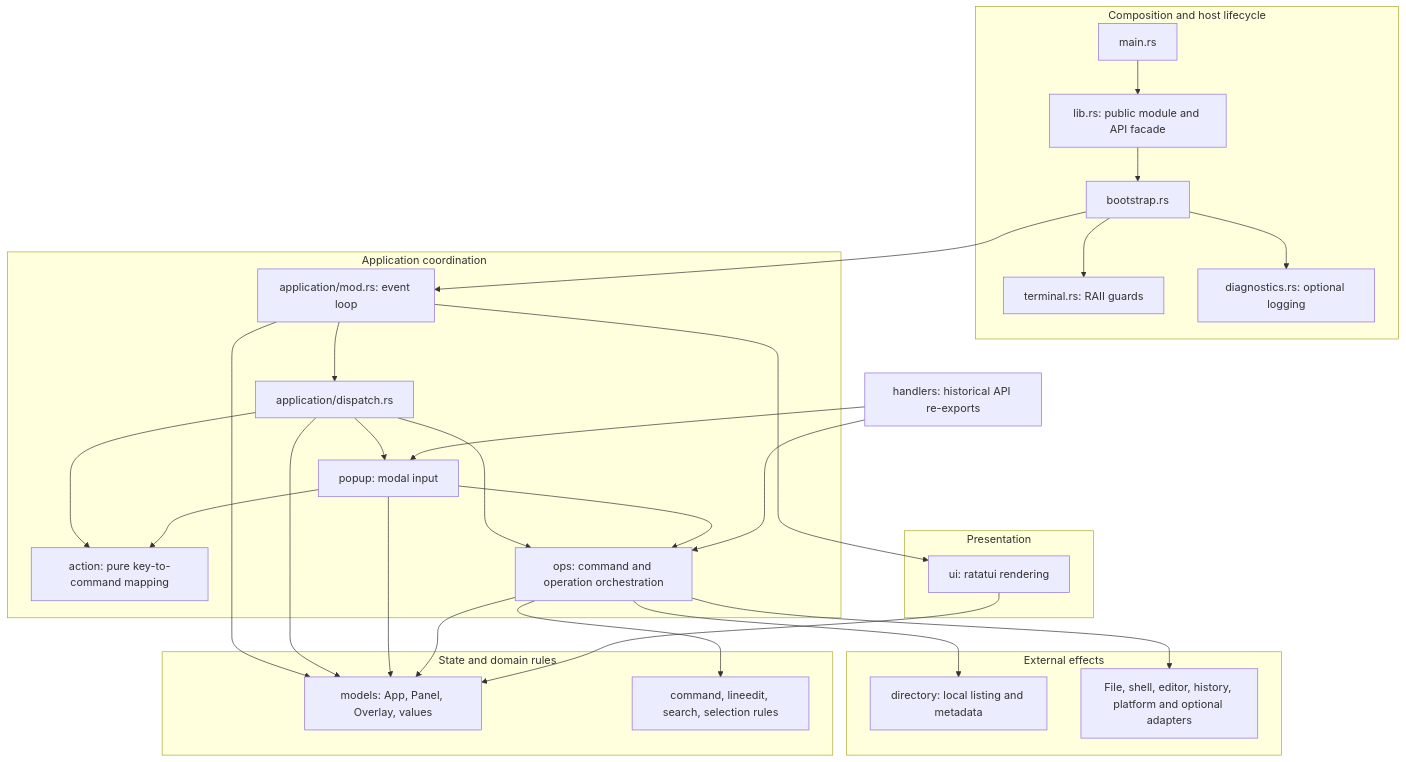
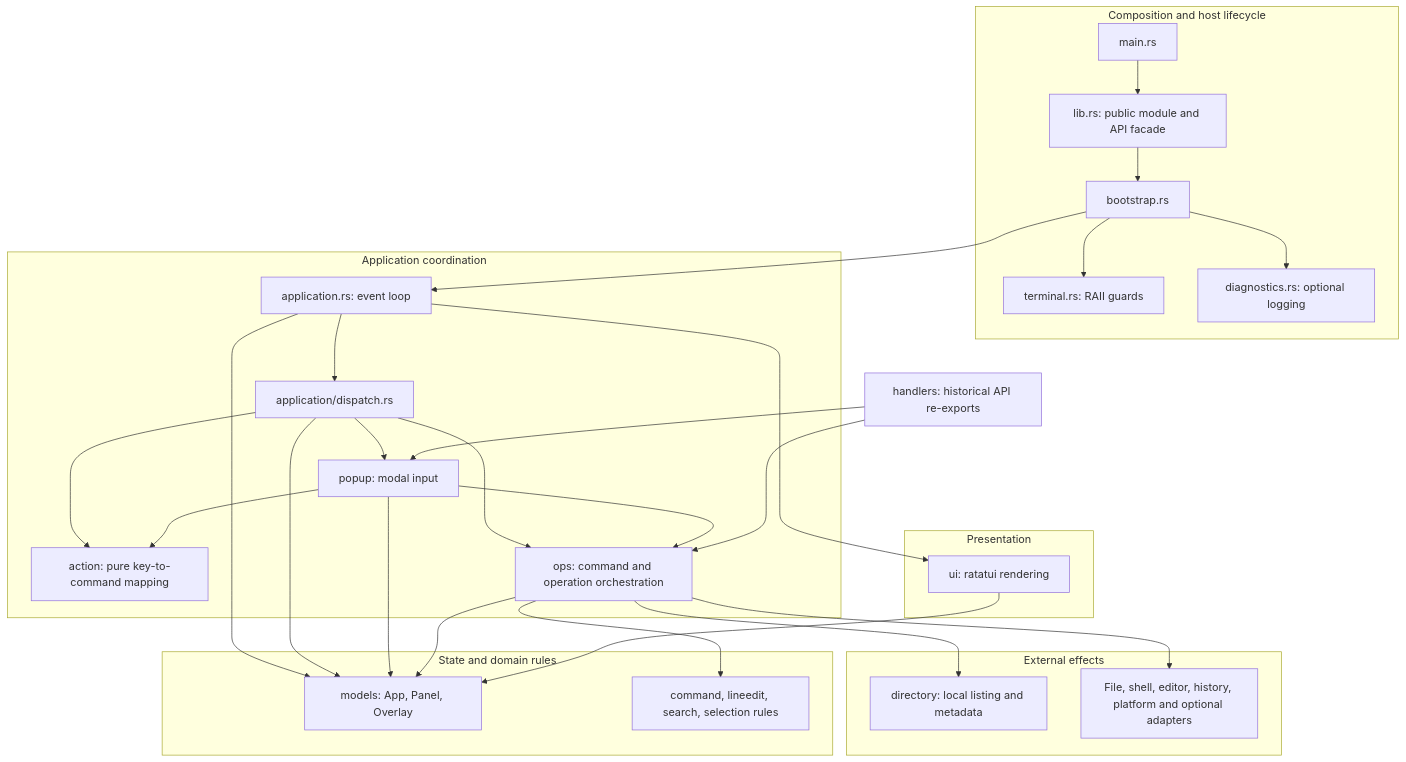
One commit to stden/FunnyFileManager changed the second of 9 diagrams in docs/knowledge-base/02-architecture/system-architecture.md. Above: the diagram before and after it, drawn with Mermaid. The commit also changed 6 other files, not shown here.

````diff
--- a/docs/knowledge-base/02-architecture/system-architecture.md
+++ b/docs/knowledge-base/02-architecture/system-architecture.md
@@ -51,40 +51,40 @@
 ```mermaid
 flowchart TB
     subgraph Composition[Composition and host lifecycle]
         Main[main.rs] --> API[lib.rs: public module and API facade]
         API --> Bootstrap[bootstrap.rs]
         Bootstrap --> Terminal[terminal.rs: RAII guards]
         Bootstrap --> Diagnostics[diagnostics.rs: optional logging]
     end
     subgraph Application[Application coordination]
-        Loop[application/mod.rs: event loop] --> Dispatch[application/dispatch.rs]
+        Loop[application.rs: event loop] --> Dispatch[application/dispatch.rs]
         Dispatch --> Keys[action: pure key-to-command mapping]
         Dispatch --> Popup[popup: modal input]
         Popup --> Keys
         Dispatch --> Ops[ops: command and operation orchestration]
         Popup --> Ops
     end
     subgraph Presentation[Presentation]
         UI[ui: ratatui rendering]
     end
     subgraph State[State and domain rules]
-        Models[models: App, Panel, Overlay, values]
+        Models[models: App, Panel, Overlay]
         Commands[command, lineedit, search, selection rules]
     end
     subgraph Adapters[External effects]
         Directory[directory: local listing and metadata]
         IO[File, shell, editor, history, platform and optional adapters]
     end
     Bootstrap --> Loop
     Loop --> UI
     Loop --> Models
     Dispatch --> Models
     Popup --> Models
     Ops --> Models
     Ops --> Commands
     Ops --> Directory
     Ops --> IO
     UI --> Models
     Compatibility[handlers: historical API re-exports] --> Ops
     Compatibility --> Popup
 ```
````
